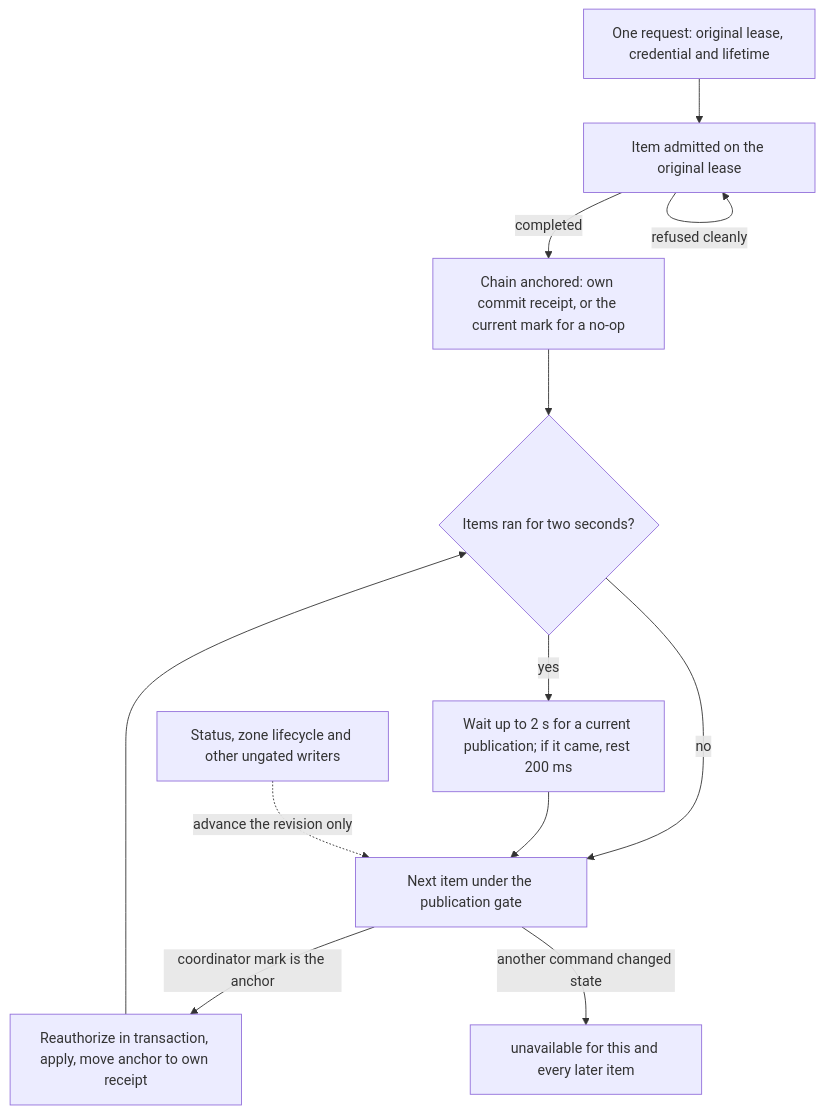
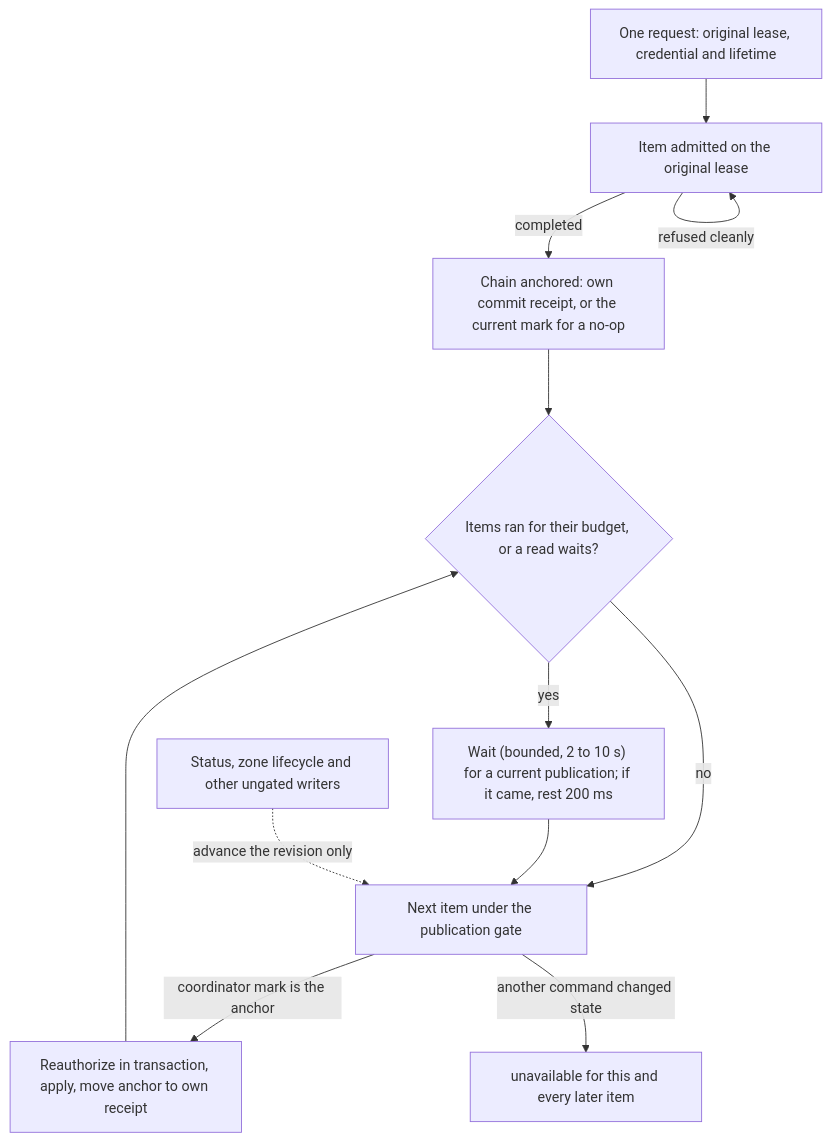
Before and after one commit to robertherbaugh/kudurru: diagram 22 of 30 in docs/architecture/configuration-and-store.md, drawn with Mermaid. The commit also changed other lines of this file and 11 other files, not shown here.

````diff
--- a/docs/architecture/configuration-and-store.md
+++ b/docs/architecture/configuration-and-store.md
@@ -1887,14 +1909,14 @@
 ```mermaid
 flowchart TD
     Request["One request: original lease, credential and lifetime"] --> First["Item admitted on the original lease"]
     First -->|refused cleanly| First
     First -->|completed| Anchor["Chain anchored: own commit receipt, or the current mark for a no-op"]
-    Anchor --> Pace{"Items ran for two seconds?"}
+    Anchor --> Pace{"Items ran for their budget, or a read waits?"}
     Pace -->|no| Next["Next item under the publication gate"]
-    Pace -->|yes| Wait["Wait up to 2 s for a current publication; if it came, rest 200 ms"]
+    Pace -->|yes| Wait["Wait (bounded, 2 to 10 s) for a current publication; if it came, rest 200 ms"]
     Wait --> Next
     Next -->|coordinator mark is the anchor| Run["Reauthorize in transaction, apply, move anchor to own receipt"]
     Run --> Pace
     Next -->|another command changed state| Stop["unavailable for this and every later item"]
     Follow["Status, zone lifecycle and other ungated writers"] -.->|advance the revision only| Next
 ```
````
